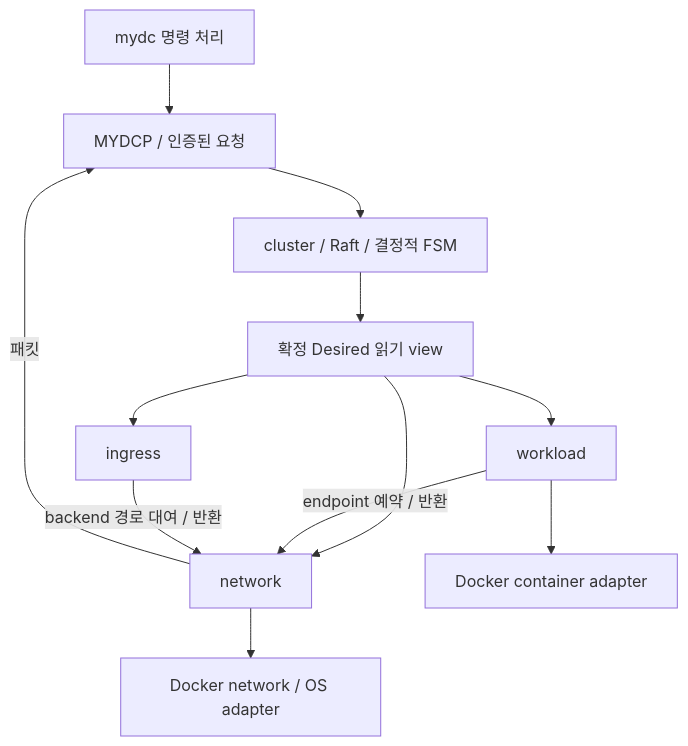
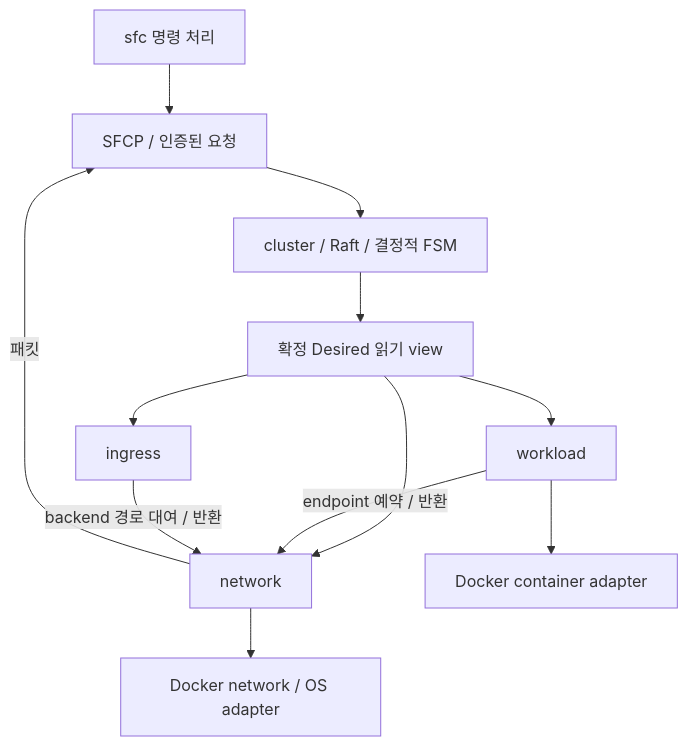
The diagram in docs/architecture/modules.md (jay94ks/mydcd), drawn with Mermaid before and after one commit. The commit also changed other lines of this file and 4113 other files, not shown here.

````diff
--- a/docs/architecture/modules.md
+++ b/docs/architecture/modules.md
@@ -50,14 +50,14 @@
 ```mermaid
 flowchart TD
-  CLI[mydc 명령 처리] --> P[MYDCP / 인증된 요청]
+  CLI[sfc 명령 처리] --> P[SFCP / 인증된 요청]
   P --> C[cluster / Raft / 결정적 FSM]
   C --> V[확정 Desired 읽기 view]
   V --> N[network]
   V --> W[workload]
   V --> I[ingress]
   W -->|endpoint 예약 / 반환| N
   I -->|backend 경로 대여 / 반환| N
   N --> D[Docker network / OS adapter]
   W --> E[Docker container adapter]
   N -->|패킷| P
 ```
````
